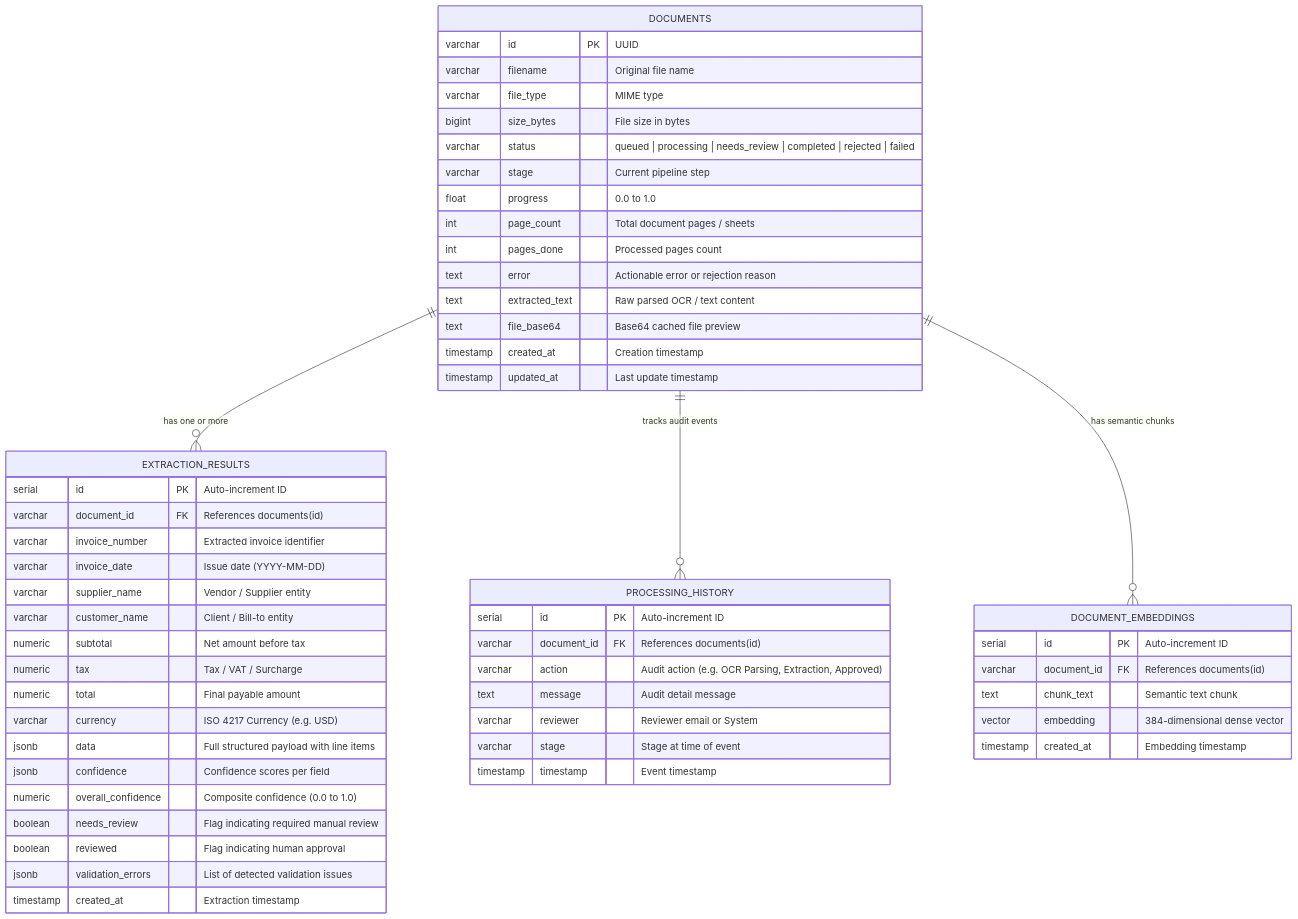
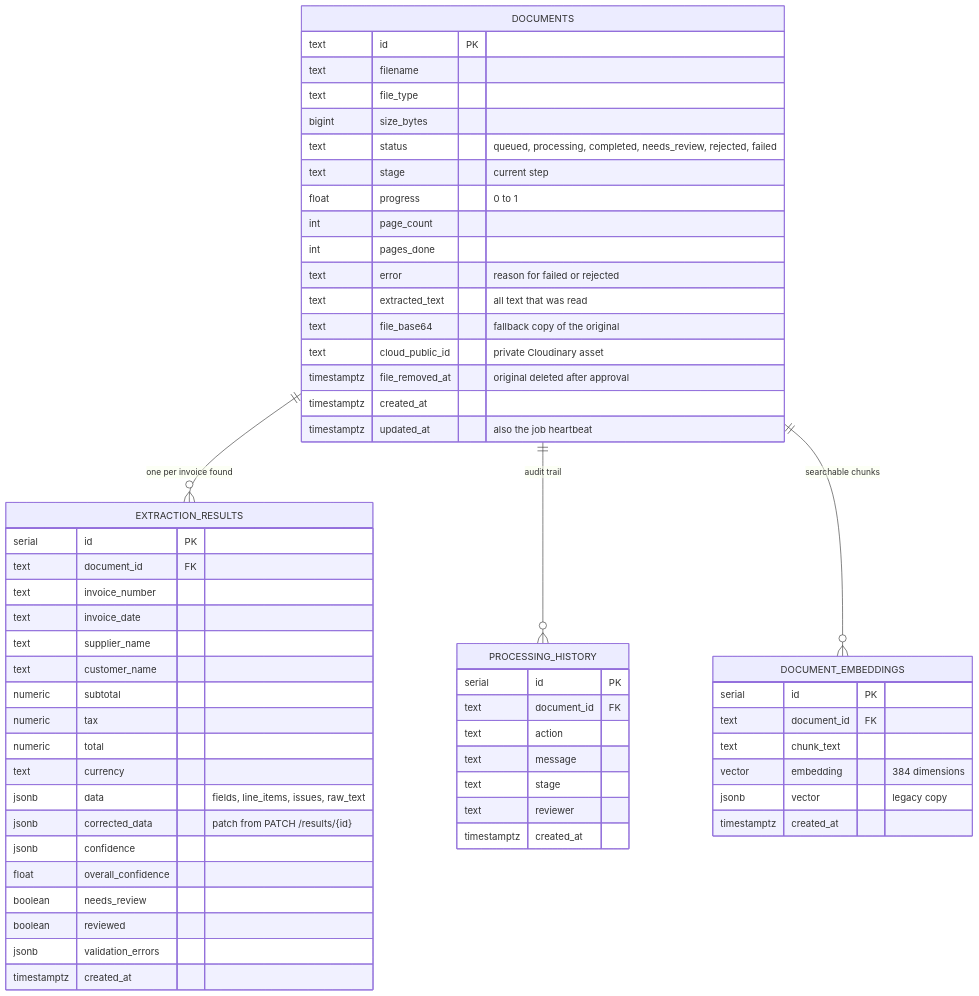
The fourth of 4 diagrams in ARCHITECTURE_AND_SCHEMA.md (mmiskatul/DocuIntel-backend), drawn with Mermaid before and after one commit. The commit also changed other lines of this file and 2 other files, not shown here.

Commit message:
docs: rewrite the architecture and schema document from the code; record test results honestly; README testing section

````diff
--- a/ARCHITECTURE_AND_SCHEMA.md
+++ b/ARCHITECTURE_AND_SCHEMA.md
@@ -90,61 +230,65 @@
 ```mermaid
 erDiagram
-    DOCUMENTS ||--o{ EXTRACTION_RESULTS : "has one or more"
-    DOCUMENTS ||--o{ PROCESSING_HISTORY : "tracks audit events"
-    DOCUMENTS ||--o{ DOCUMENT_EMBEDDINGS : "has semantic chunks"
+    DOCUMENTS ||--o{ EXTRACTION_RESULTS : "one per invoice found"
+    DOCUMENTS ||--o{ PROCESSING_HISTORY : "audit trail"
+    DOCUMENTS ||--o{ DOCUMENT_EMBEDDINGS : "searchable chunks"
 
     DOCUMENTS {
-        varchar id PK "UUID"
-        varchar filename "Original file name"
-        varchar file_type "MIME type"
-        bigint size_bytes "File size in bytes"
-        varchar status "queued | processing | needs_review | completed | rejected | failed"
-        varchar stage "Current pipeline step"
-        float progress "0.0 to 1.0"
-        int page_count "Total document pages / sheets"
-        int pages_done "Processed pages count"
-        text error "Actionable error or rejection reason"
-        text extracted_text "Raw parsed OCR / text content"
-        text file_base64 "Base64 cached file preview"
-        timestamp created_at "Creation timestamp"
-        timestamp updated_at "Last update timestamp"
+        text id PK
+        text filename
+        text file_type
+        bigint size_bytes
+        text status "queued, processing, completed, needs_review, rejected, failed"
+        text stage "current step"
+        float progress "0 to 1"
+        int page_count
+        int pages_done
+        text error "reason for failed or rejected"
+        text extracted_text "all text that was read"
+        text file_base64 "fallback copy of the original"
+        text cloud_public_id "private Cloudinary asset"
+        timestamptz file_removed_at "original deleted after approval"
+        timestamptz created_at
+        timestamptz updated_at "also the job heartbeat"
     }
 
     EXTRACTION_RESULTS {
-        serial id PK "Auto-increment ID"
-        varchar document_id FK "References documents(id)"
-        varchar invoice_number "Extracted invoice identifier"
-        varchar invoice_date "Issue date (YYYY-MM-DD)"
-        varchar supplier_name "Vendor / Supplier entity"
-        varchar customer_name "Client / Bill-to entity"
-        numeric subtotal "Net amount before tax"
-        numeric tax "Tax / VAT / Surcharge"
-        numeric total "Final payable amount"
-        varchar currency "ISO 4217 Currency (e.g. USD)"
-        jsonb data "Full structured payload with line items"
-        jsonb confidence "Confidence scores per field"
-        numeric overall_confidence "Composite confidence (0.0 to 1.0)"
-        boolean needs_review "Flag indicating required manual review"
-        boolean reviewed "Flag indicating human approval"
-        jsonb validation_errors "List of detected validation issues"
-        timestamp created_at "Extraction timestamp"
+        serial id PK
+        text document_id FK
+        text invoice_number
+        text invoice_date
+        text supplier_name
+        text customer_name
+        numeric subtotal
+        numeric tax
+        numeric total
+        text currency
+        jsonb data "fields, line_items, issues, raw_text"
+        jsonb corrected_data "patch from PATCH /results/{id}"
+        jsonb confidence
+        float overall_confidence
+        boolean needs_review
+        boolean reviewed
+        jsonb validation_errors
+        timestamptz created_at
     }
 
     PROCESSING_HISTORY {
-        serial id PK "Auto-increment ID"
-        varchar document_id FK "References documents(id)"
-        varchar action "Audit action (e.g. OCR Parsing, Extraction, Approved)"
-        text message "Audit detail message"
-        varchar reviewer "Reviewer email or System"
-        varchar stage "Stage at time of event"
-        timestamp timestamp "Event timestamp"
+        serial id PK
+        text document_id FK
+        text action
+        text message
+        text stage
+        text reviewer
+        timestamptz created_at
     }
 
     DOCUMENT_EMBEDDINGS {
-        serial id PK "Auto-increment ID"
-        varchar document_id FK "References documents(id)"
-        text chunk_text "Semantic text chunk"
-        vector embedding "384-dimensional dense vector"
-        timestamp created_at "Embedding timestamp"
+        serial id PK
+        text document_id FK
+        text chunk_text
+        vector embedding "384 dimensions"
+        jsonb vector "legacy copy"
+        timestamptz created_at
     }
 ```
````
